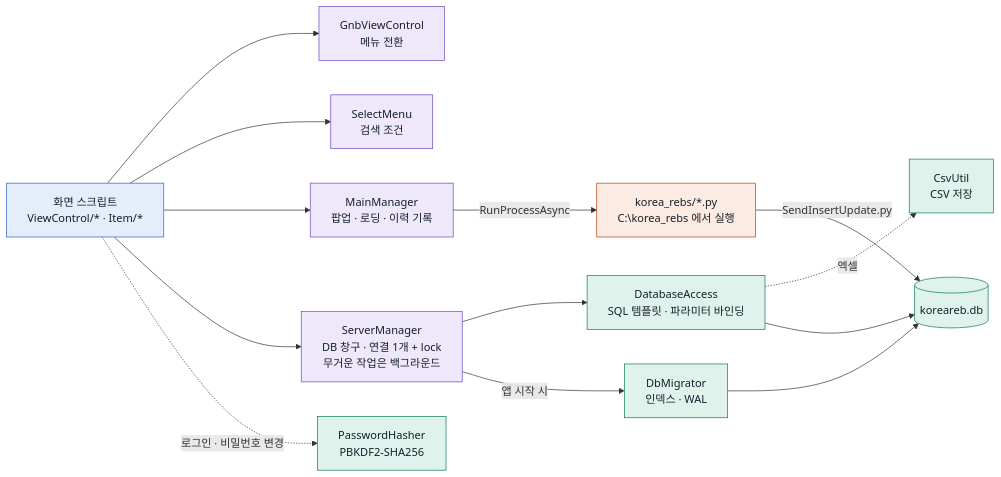
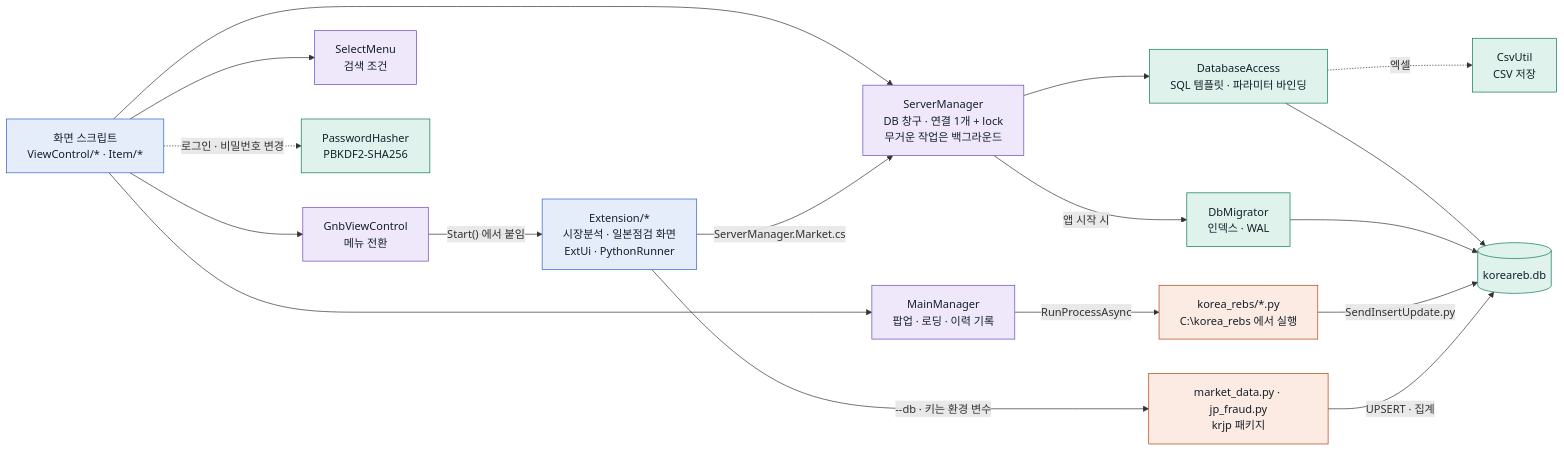
One commit to atome9797/koreareb changed the sixth of 8 diagrams in README.md. Above: the diagram before and after it, drawn with Mermaid. The commit also changed other lines of this file and 62 other files, not shown here.

````diff
--- a/README.md
+++ b/README.md
@@ -154,36 +266,42 @@
 ```mermaid
 flowchart LR
     V["화면 스크립트<br/>ViewControl/* · Item/*"]
     MM["MainManager<br/>팝업 · 로딩 · 이력 기록"]
     GNB["GnbViewControl<br/>메뉴 전환"]
     SEL["SelectMenu<br/>검색 조건"]
     SM["ServerManager<br/>DB 창구 · 연결 1개 + lock<br/>무거운 작업은 백그라운드"]
     PH["PasswordHasher<br/>PBKDF2-SHA256"]
     DA["DatabaseAccess<br/>SQL 템플릿 · 파라미터 바인딩"]
     MIG["DbMigrator<br/>인덱스 · WAL"]
     CSV["CsvUtil<br/>CSV 저장"]
     DBF[("koreareb.db")]
     PYF["korea_rebs/*.py<br/>C:\korea_rebs 에서 실행"]
+    EXT["Extension/*<br/>시장분석 · 일본점검 화면<br/>ExtUi · PythonRunner"]
+    KJ["market_data.py · jp_fraud.py<br/>krjp 패키지"]
 
     V --> GNB
     V --> SEL
     V --> MM
     V --> SM
     V -.->|로그인 · 비밀번호 변경| PH
     MM -->|RunProcessAsync| PYF
     SM --> DA
     SM -->|앱 시작 시| MIG
     DA -.->|엑셀| CSV
     DA --> DBF
     MIG --> DBF
     PYF -->|SendInsertUpdate.py| DBF
+    GNB -->|"Start() 에서 붙임"| EXT
+    EXT -->|ServerManager.Market.cs| SM
+    EXT -->|"--db · 키는 환경 변수"| KJ
+    KJ -->|UPSERT · 집계| DBF
 
     classDef ui fill:#e5edfb,stroke:#2b62c6,color:#15202a
     classDef mgr fill:#eee8fa,stroke:#6f45c2,color:#15202a
     classDef data fill:#e0f2ec,stroke:#0a7a5d,color:#15202a
     classDef ext fill:#fbebe2,stroke:#b0440e,color:#15202a
-    class V ui
+    class V,EXT ui
     class MM,GNB,SEL,SM mgr
     class PH,DA,MIG,CSV,DBF data
-    class PYF ext
+    class PYF,KJ ext
 ```
````
